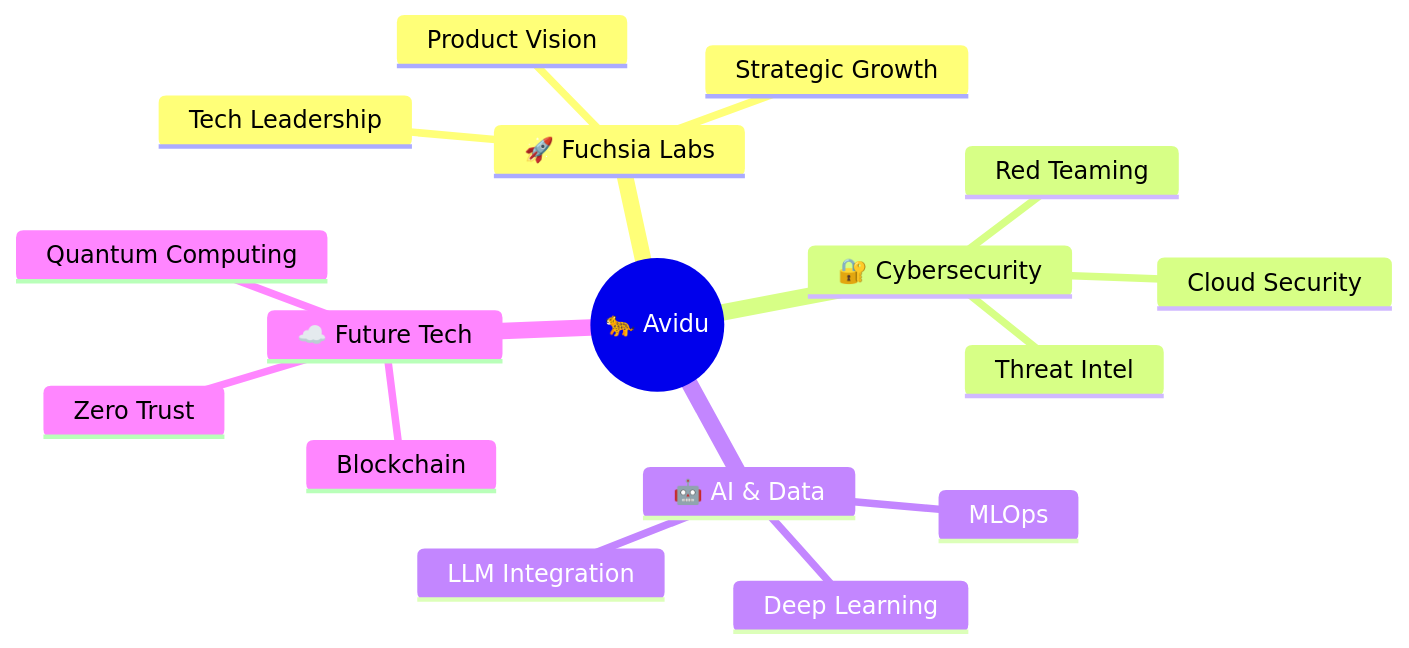
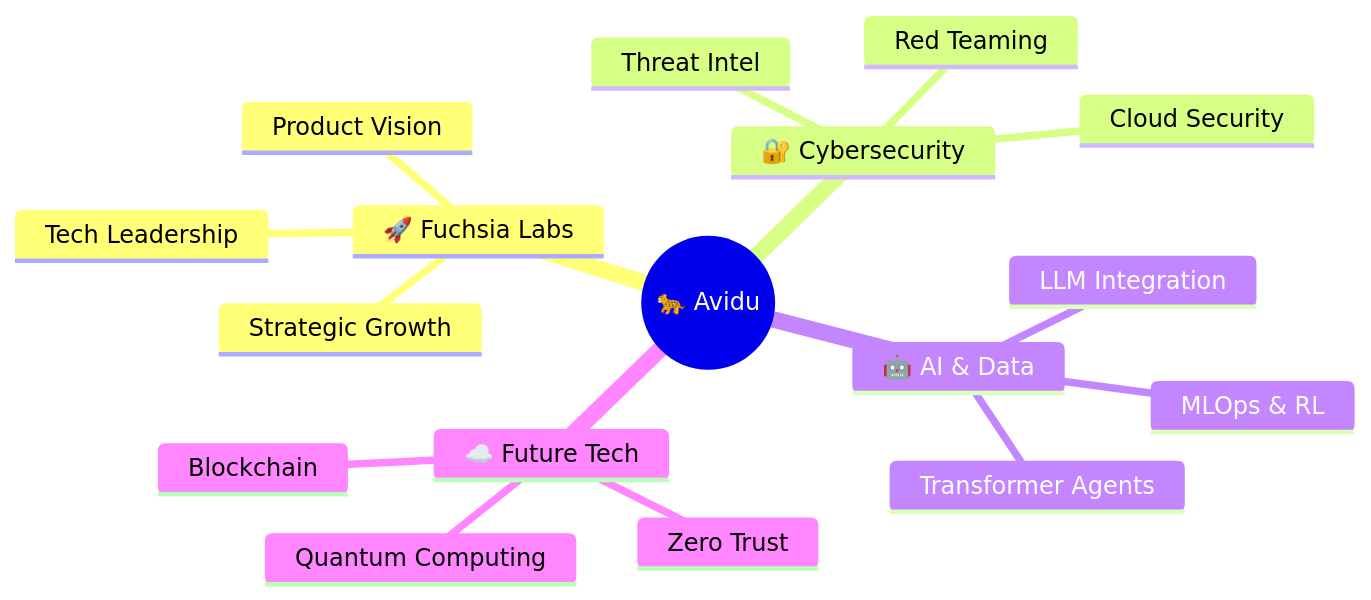
Before and after one commit to avidzcheetah/avidzcheetah: the diagram in README.md, drawn with Mermaid. The commit also changed other lines of this file, not shown here.

````diff
--- a/README.md
+++ b/README.md
@@ -84,20 +131,20 @@
 ```mermaid
 mindmap
   root((🐆 Avidu))
     🚀 Fuchsia Labs
       Product Vision
       Strategic Growth
       Tech Leadership
     🔐 Cybersecurity
       Red Teaming
       Threat Intel
       Cloud Security
     🤖 AI & Data
-      Deep Learning
+      Transformer Agents
       LLM Integration
-      MLOps
+      MLOps & RL
     ☁️ Future Tech
       Blockchain
       Zero Trust
       Quantum Computing
 ```
````
